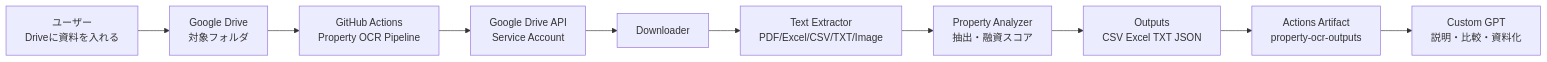
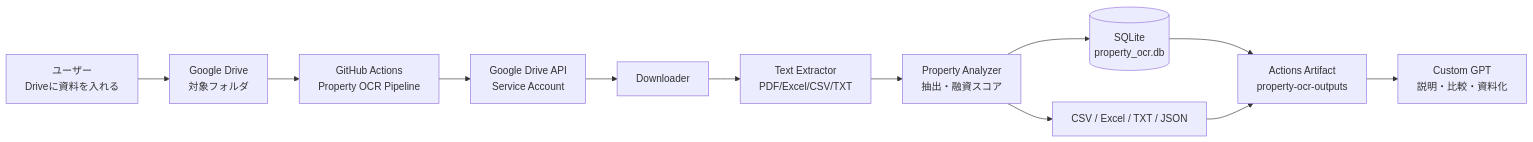
The first of 2 diagrams in docs/architecture.md (univcorp2-ctrl/public-drive-property-ocr-cloud), drawn with Mermaid before and after one commit. The commit also changed other lines of this file, not shown here.

Commit message:
Persist analysis results to SQLite database

````diff
--- a/docs/architecture.md
+++ b/docs/architecture.md
@@ -9,12 +7,14 @@
 ```mermaid
 flowchart LR
     U[ユーザー\nDriveに資料を入れる] --> D[Google Drive\n対象フォルダ]
     D --> A[GitHub Actions\nProperty OCR Pipeline]
     A --> G[Google Drive API\nService Account]
     G --> X[Downloader]
-    X --> T[Text Extractor\nPDF/Excel/CSV/TXT/Image]
+    X --> T[Text Extractor\nPDF/Excel/CSV/TXT]
     T --> P[Property Analyzer\n抽出・融資スコア]
-    P --> O[Outputs\nCSV Excel TXT JSON]
-    O --> R[Actions Artifact\nproperty-ocr-outputs]
+    P --> S[(SQLite\nproperty_ocr.db)]
+    P --> O[CSV / Excel / TXT / JSON]
+    S --> R[Actions Artifact\nproperty-ocr-outputs]
+    O --> R
     R --> C[Custom GPT\n説明・比較・資料化]
 ```
````
